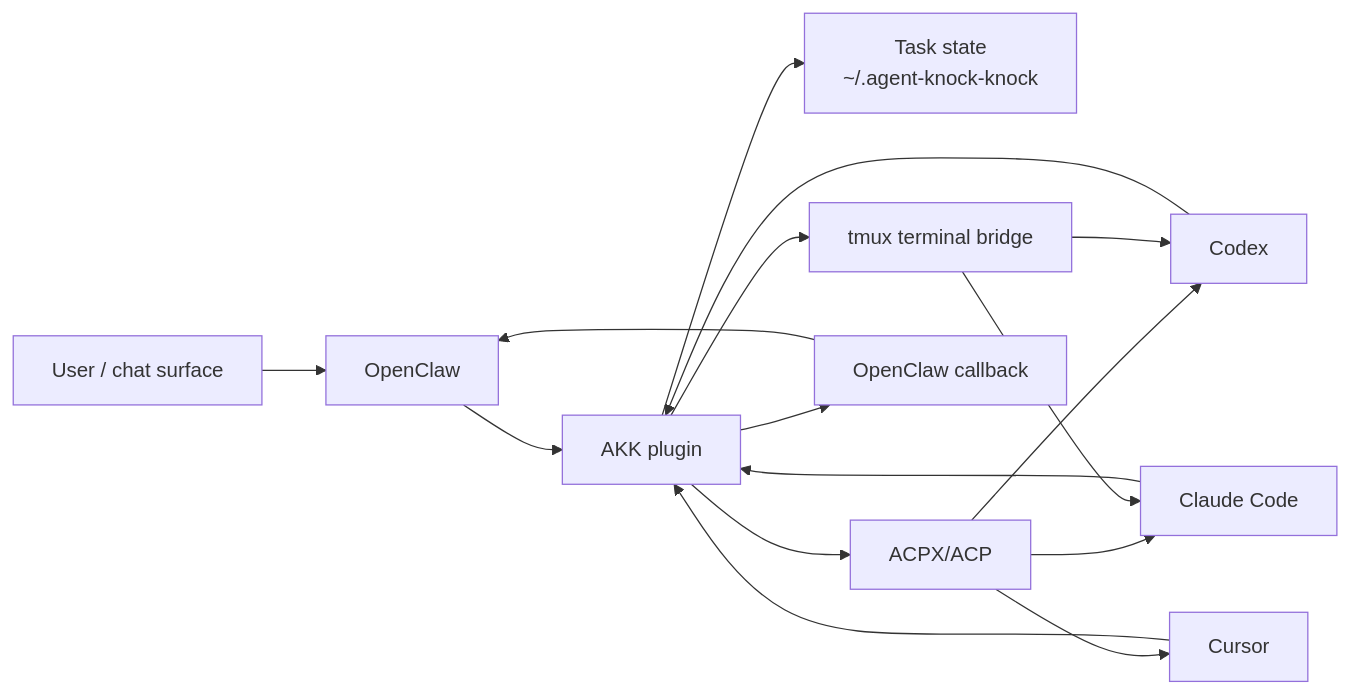
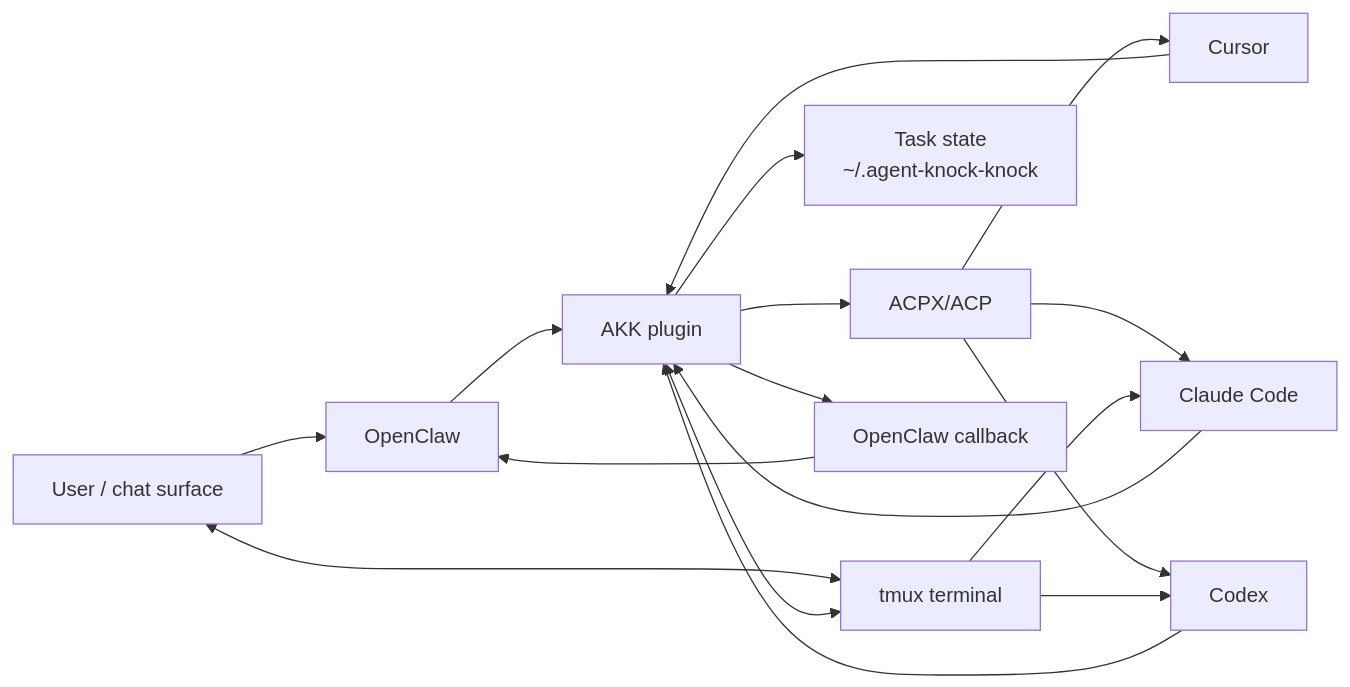
The diagram in README.md (scotthuang/agent-knock-knock), drawn with Mermaid before and after one commit. The commit also changed other lines of this file and 47 other files, not shown here.

````diff
--- a/README.md
+++ b/README.md
@@ -68,18 +102,19 @@
 ```mermaid
 flowchart LR
   user["User / chat surface"] --> openclaw["OpenClaw"]
+  user <--> terminal["tmux terminal"]
   openclaw --> plugin["AKK plugin"]
   plugin --> state["Task state<br/>~/.agent-knock-knock"]
   plugin --> acpx["ACPX/ACP"]
-  plugin --> terminal["tmux terminal bridge"]
+  plugin <--> terminal
   acpx --> codex["Codex"]
   acpx --> claude["Claude Code"]
   acpx --> cursor["Cursor"]
   terminal --> codex
   terminal --> claude
   codex --> plugin
   claude --> plugin
   cursor --> plugin
   plugin --> callback["OpenClaw callback"]
   callback --> openclaw
 ```
````
